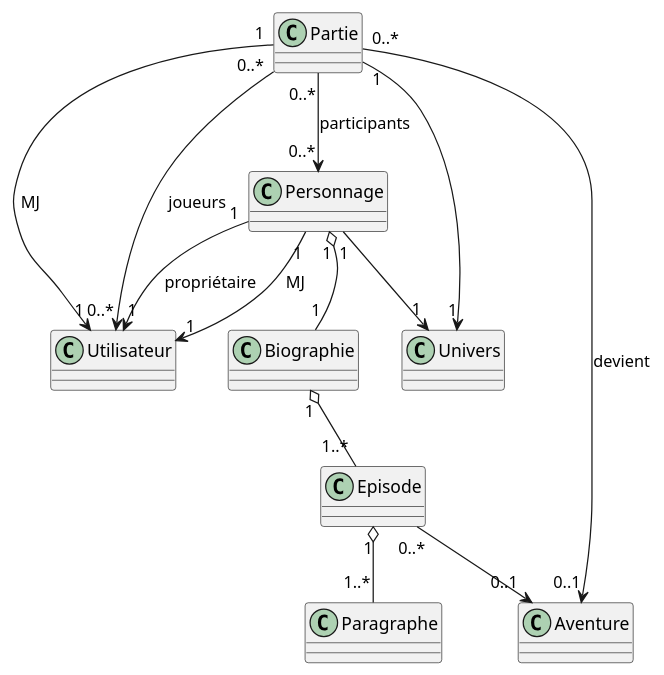
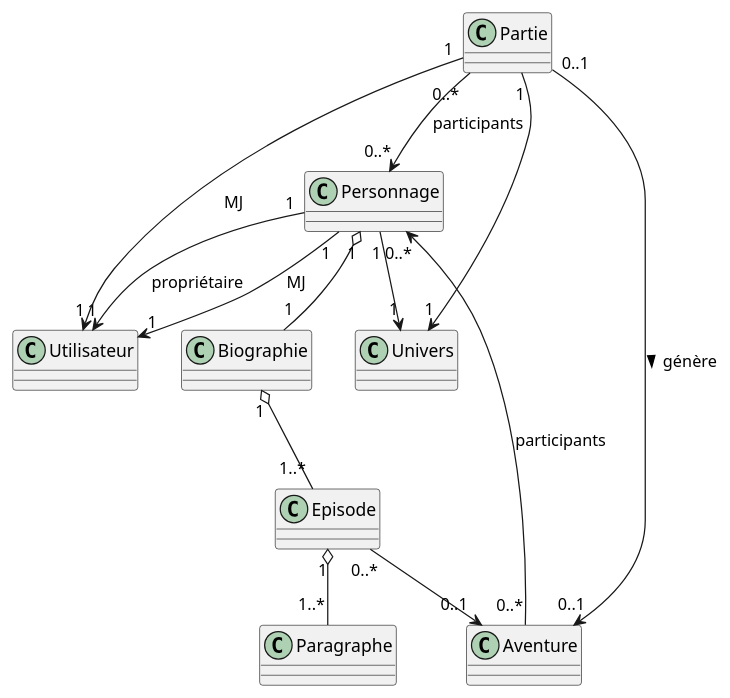
Before and after one commit to yannlet1108/GL_Projet: the diagram in doc/analyse/plantuml/classe_analyse.plantuml, drawn with PlantUML. The commit also changed 1 other file, not shown here.

```diff
--- a/doc/analyse/plantuml/classe_analyse.plantuml
+++ b/doc/analyse/plantuml/classe_analyse.plantuml
@@ -1,30 +1,31 @@
 @startuml classe_analyse
 
 ' Classes
 class Utilisateur
 class Personnage
 class Biographie
 class Episode
 class Paragraphe
 class Univers
 class Partie
 class Aventure
 
 ' Relations
 Personnage "1" o-- "1" Biographie
 Personnage "1" --> "1" Utilisateur : propriétaire
 Personnage "1" --> "1" Utilisateur : MJ
 Personnage "1" --> "1" Univers
 
 Biographie "1" o-- "1..*" Episode
 
 Episode "0..*" --> "0..1" Aventure
 Episode "1" o-- "1..*" Paragraphe
 
 Partie "1" --> "1" Utilisateur : MJ
-Partie "0..*" --> "0..*" Utilisateur : joueurs
 Partie "0..*" --> "0..*" Personnage : participants
 Partie "1" --> "1" Univers
-Partie "0..*" --> "0..1" Aventure : devient
+Partie "0..1" --> "0..1" Aventure : génère >
+
+Aventure "0..*" --> "0..*" Personnage : participants
 
 @enduml
```
